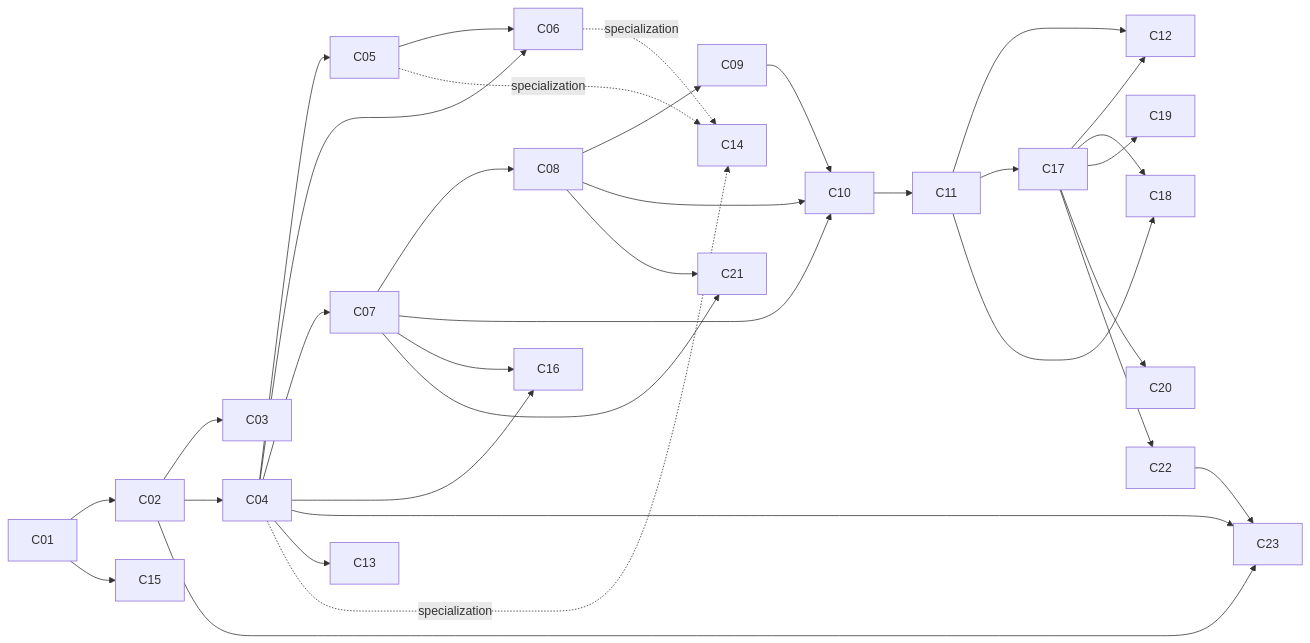
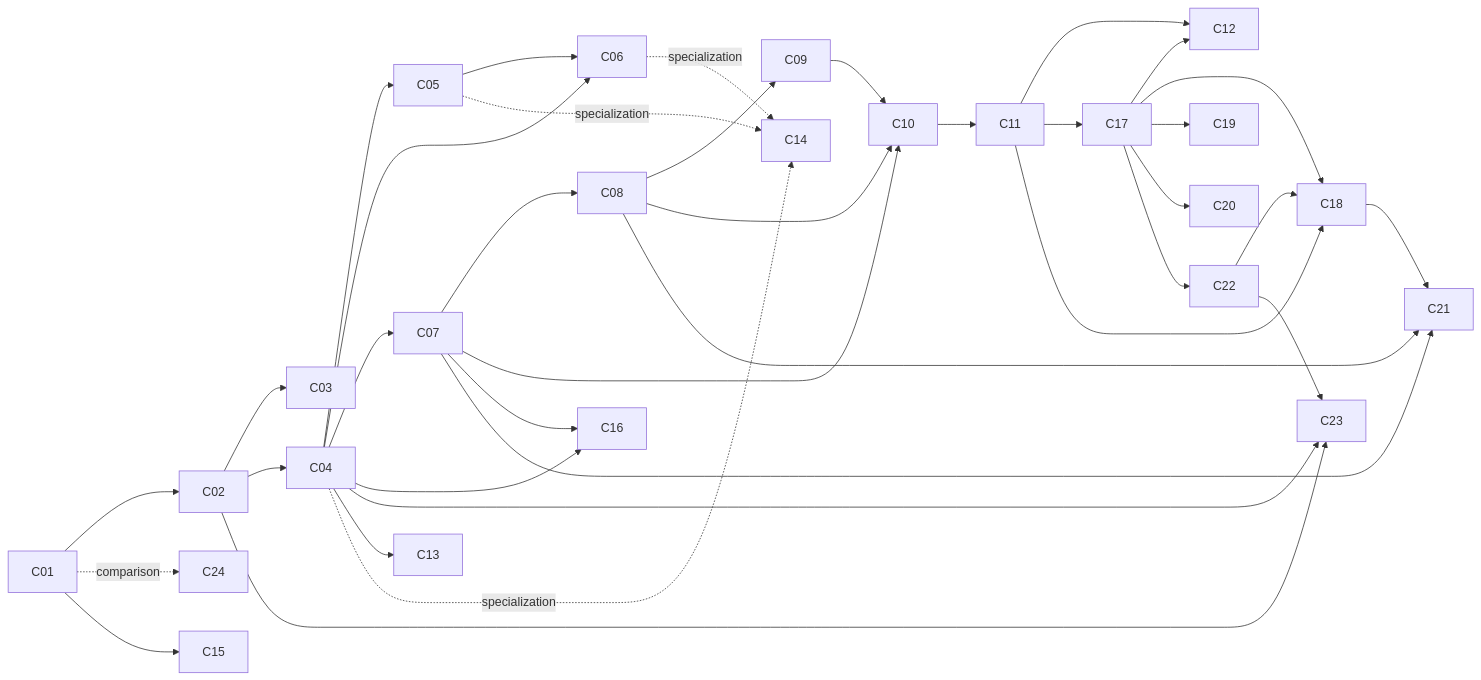
Before and after one commit to royvanrijn/jacobian-research: the diagram in notes/CLAIM_DEPENDENCY_GRAPH.md, drawn with Mermaid. The commit also changed other lines of this file and 14 other files, not shown here.

````diff
--- a/notes/CLAIM_DEPENDENCY_GRAPH.md
+++ b/notes/CLAIM_DEPENDENCY_GRAPH.md
@@ -27,40 +29,43 @@
 ```mermaid
 flowchart LR
     C01 --> C02
     C02 --> C03
     C02 --> C04
 
     C04 --> C05
     C04 --> C06
     C04 --> C07
     C05 --> C06
     C07 --> C08
     C08 --> C09
     C07 --> C10
     C08 --> C10
     C09 --> C10
     C10 --> C11
 
     C11 --> C12
     C17 --> C12
     C04 --> C16
     C07 --> C16
     C11 --> C17
     C11 --> C18
     C17 --> C18
     C17 --> C19
     C17 --> C20
     C17 --> C22
+    C22 --> C18
+    C18 --> C21
     C02 --> C23
     C04 --> C23
     C22 --> C23
+    C01 -. comparison .-> C24
 
     C07 --> C21
     C08 --> C21
 
     C04 --> C13
     C04 -. specialization .-> C14
     C05 -. specialization .-> C14
     C06 -. specialization .-> C14
     C01 --> C15
 ```
````
